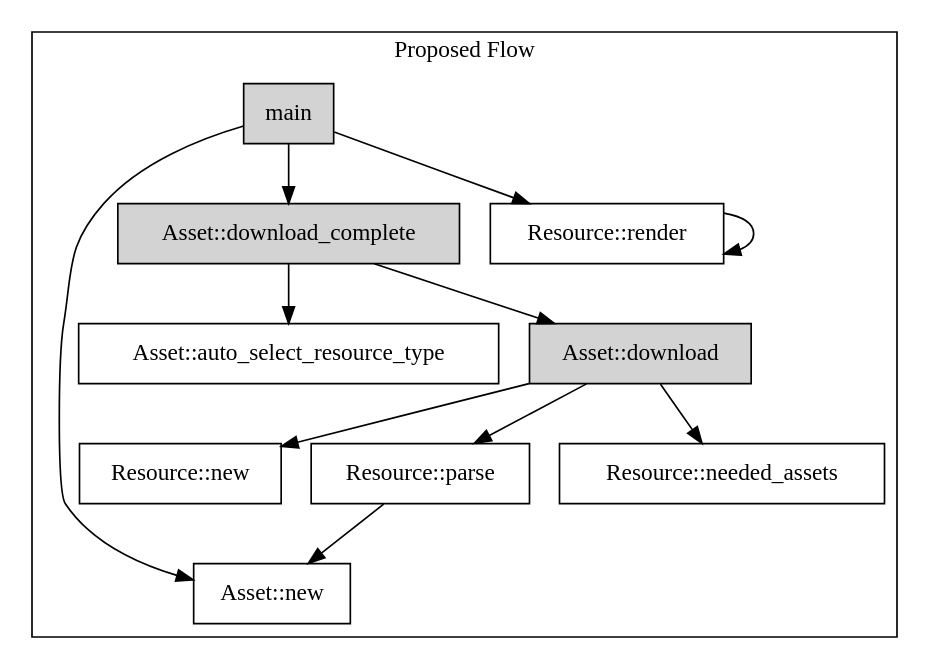
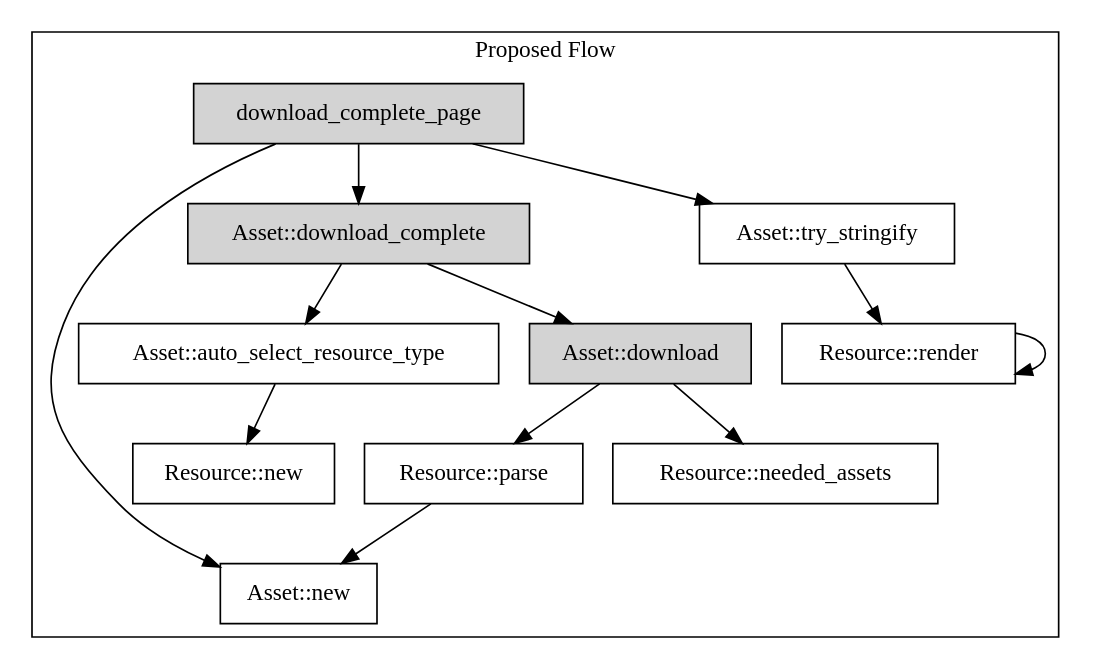
Before and after one commit to Alch-Emi/monolith: the diagram in graphs/proposed.gv, drawn with Graphviz. The commit also changed 3 other files, not shown here.

Commit message:
Updated graphs, added rendered SVGs of graphs

```diff
--- a/graphs/proposed.gv
+++ b/graphs/proposed.gv
@@ -1,23 +1,24 @@
 digraph Current {
     node[shape="box"];
 
     subgraph cluster0 {
         label = "Proposed Flow"
 
-        main [style=filled]
+        download_complete_page [style=filled]
         "Asset::new"
         "Asset::download_complete" [style=filled]
         "Asset::auto_select_resource_type"
         "Asset::download" [style=filled]
-        main -> "Asset::new";
-        main -> "Asset::download_complete";
+        download_complete_page -> "Asset::new";
+        download_complete_page -> "Asset::download_complete";
         "Asset::download_complete" -> "Asset::auto_select_resource_type";
         "Asset::download_complete" -> "Asset::download";
-        "Asset::download" -> "Resource::new";
+        "Asset::auto_select_resource_type" -> "Resource::new"
         "Asset::download" -> "Resource::parse";
         "Asset::download" -> "Resource::needed_assets";
-        main -> "Resource::render"
+        download_complete_page -> "Asset::try_stringify"
+        "Asset::try_stringify" -> "Resource::render"
         "Resource::render" -> "Resource::render"
         "Resource::parse" -> "Asset::new";
     }
 }
```
